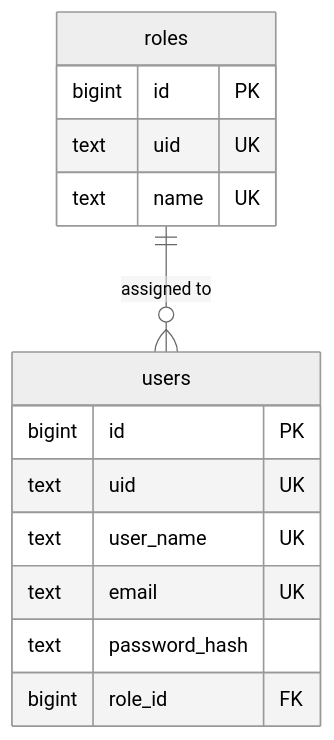
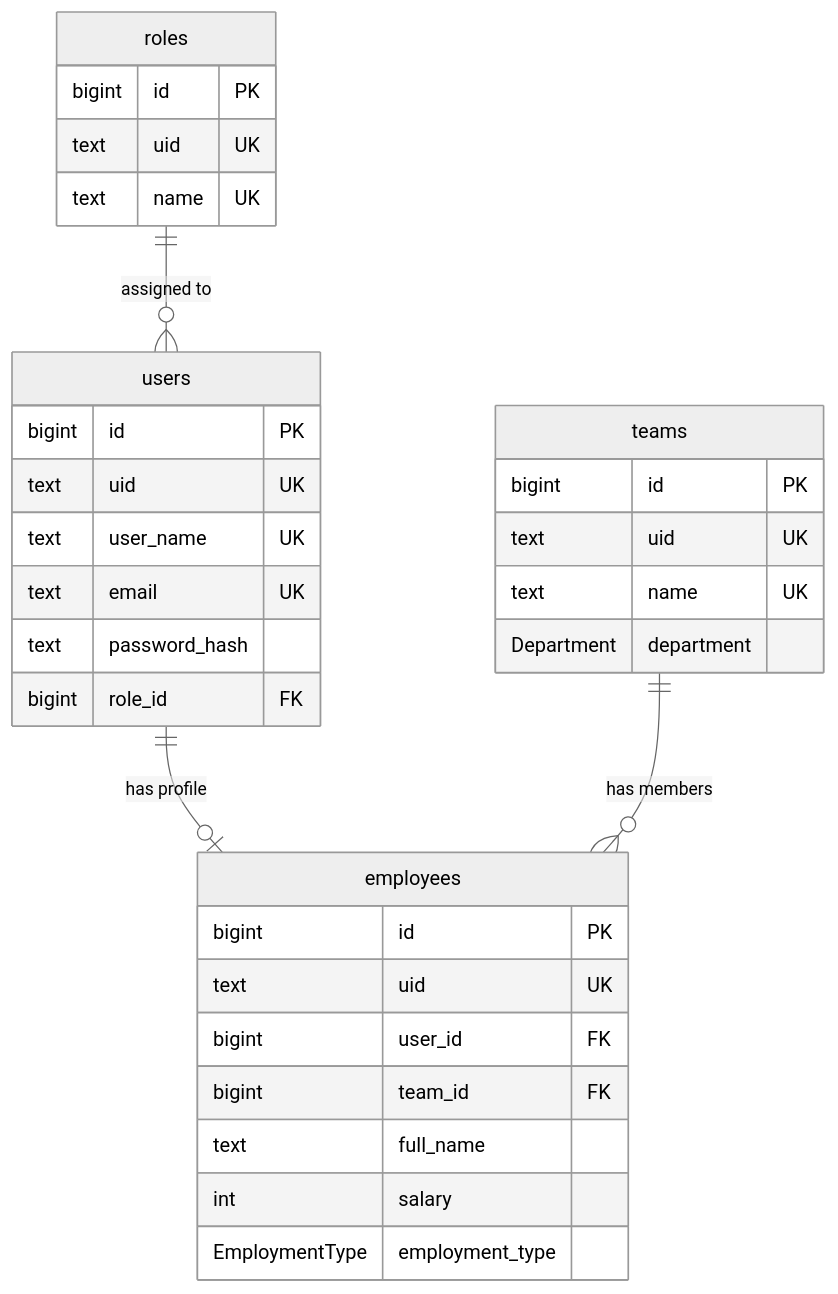
The diagram in docs/schema.md (Apu-Emdad/nestjs-starter-pack), drawn with Mermaid (neutral theme) before and after one commit. The commit also changed other lines of this file and 19 other files, not shown here.

Commit message:
feat: add employees and teams, with a single init migration and the roles and teams seeded

````diff
--- a/docs/schema.md
+++ b/docs/schema.md
@@ -15,18 +15,35 @@
 ```mermaid
 erDiagram
     roles ||--o{ users : "assigned to"
+    users ||--o| employees : "has profile"
+    teams ||--o{ employees : "has members"
 
     roles {
         bigint id PK
         text uid UK
         text name UK
     }
     users {
         bigint id PK
         text uid UK
         text user_name UK
         text email UK
         text password_hash
         bigint role_id FK
     }
+    teams {
+        bigint id PK
+        text uid UK
+        text name UK
+        Department department
+    }
+    employees {
+        bigint id PK
+        text uid UK
+        bigint user_id FK
+        bigint team_id FK
+        text full_name
+        int salary
+        EmploymentType employment_type
+    }
 ```
````
